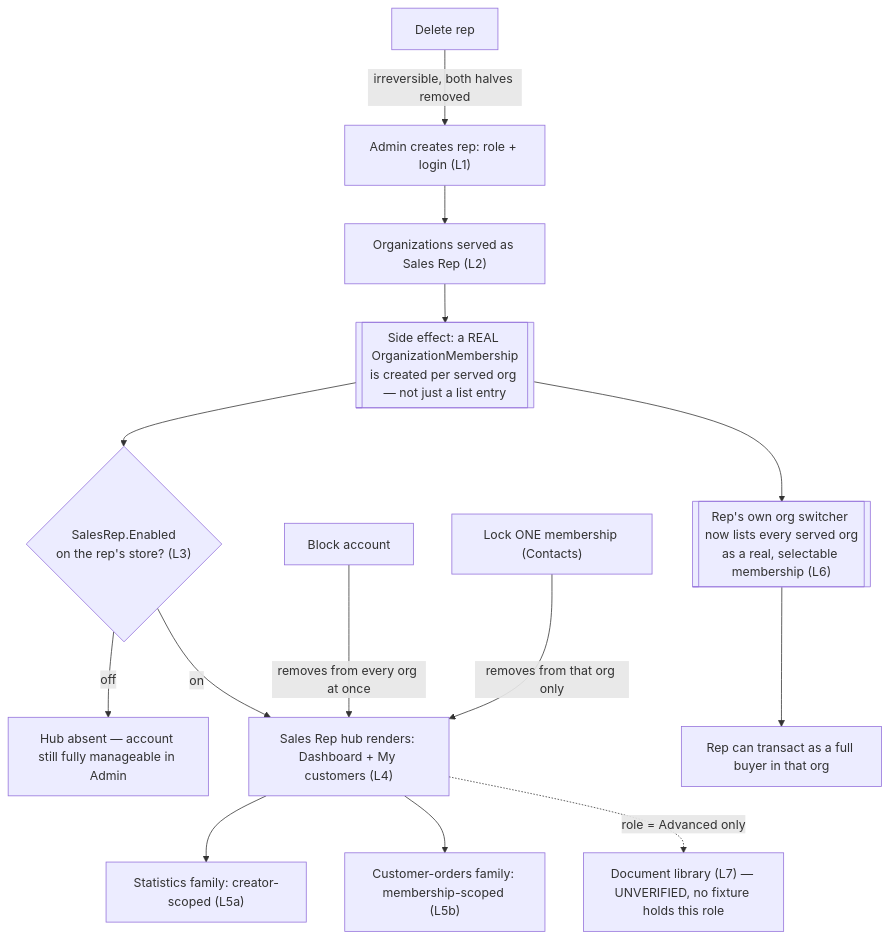
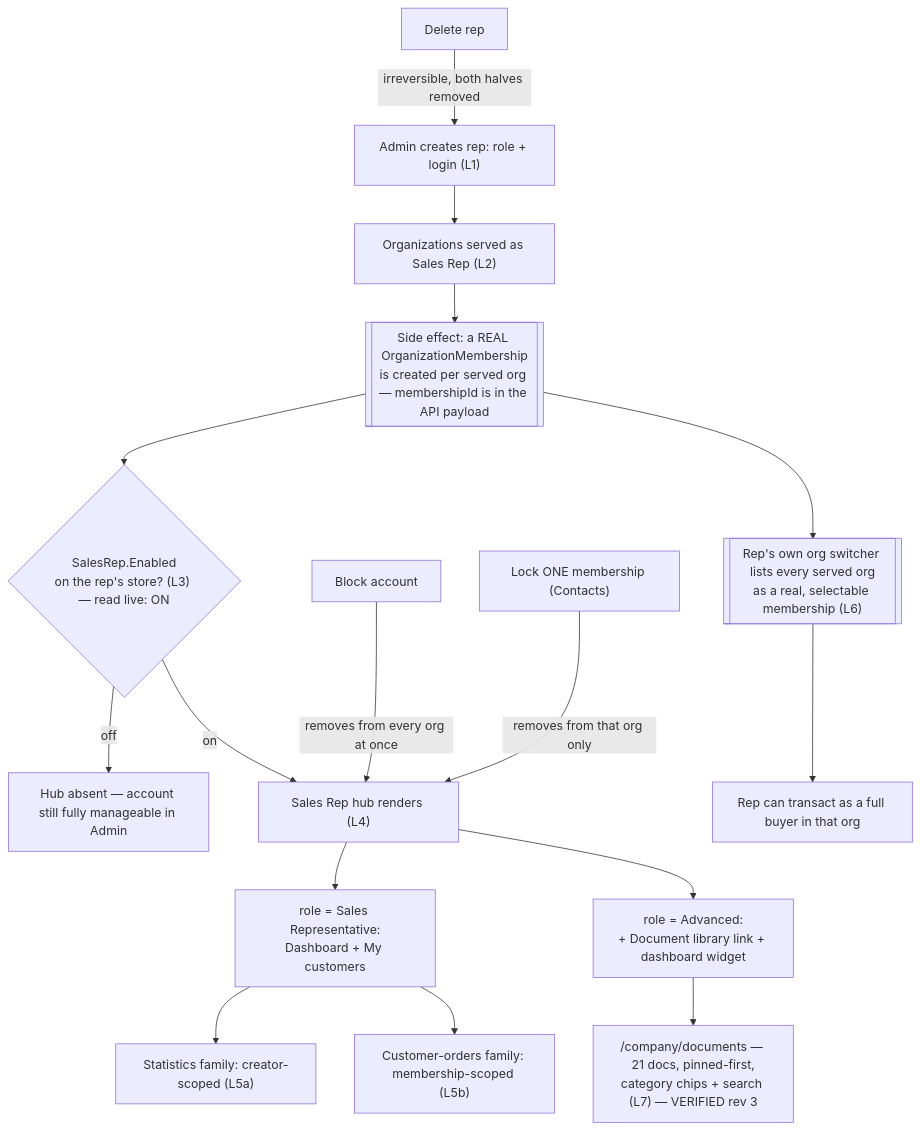
Before and after one commit to VirtoCommerce/ai-tools: the diagram in .claude/knowledge/domain/sales-rep.md, drawn with Mermaid. The commit also changed other lines of this file and 26 other files, not shown here.

````diff
--- a/.claude/knowledge/domain/sales-rep.md
+++ b/.claude/knowledge/domain/sales-rep.md
@@ -128,16 +141,18 @@
 ```mermaid
 flowchart TD
   A["Admin creates rep: role + login (L1)"] --> B["Organizations served as Sales Rep (L2)"]
-  B --> C[["Side effect: a REAL OrganizationMembership\nis created per served org — not just a list entry"]]
-  C --> D{"SalesRep.Enabled\non the rep's store? (L3)"}
+  B --> C[["Side effect: a REAL OrganizationMembership\nis created per served org — membershipId is in the API payload"]]
+  C --> D{"SalesRep.Enabled\non the rep's store? (L3) — read live: ON"}
   D -->|off| E["Hub absent — account still fully manageable in Admin"]
-  D -->|on| F["Sales Rep hub renders: Dashboard + My customers (L4)"]
-  F --> G["Statistics family: creator-scoped (L5a)"]
-  F --> H["Customer-orders family: membership-scoped (L5b)"]
-  C --> I[["Rep's own org switcher now lists every served org\nas a real, selectable membership (L6)"]]
+  D -->|on| F["Sales Rep hub renders (L4)"]
+  F --> F1["role = Sales Representative:\nDashboard + My customers"]
+  F --> F2["role = Advanced:\n+ Document library link + dashboard widget"]
+  F1 --> G["Statistics family: creator-scoped (L5a)"]
+  F1 --> H["Customer-orders family: membership-scoped (L5b)"]
+  C --> I[["Rep's own org switcher lists every served org\nas a real, selectable membership (L6)"]]
   I --> J["Rep can transact as a full buyer in that org"]
-  F -.->|role = Advanced only| K["Document library (L7) — UNVERIFIED, no fixture holds this role"]
+  F2 --> K["/company/documents — 21 docs, pinned-first,\ncategory chips + search (L7) — VERIFIED rev 3"]
   L["Block account"] -->|removes from every org at once| F
   M["Lock ONE membership (Contacts)"] -->|removes from that org only| F
   N["Delete rep"] -->|irreversible, both halves removed| A
 ```
````
